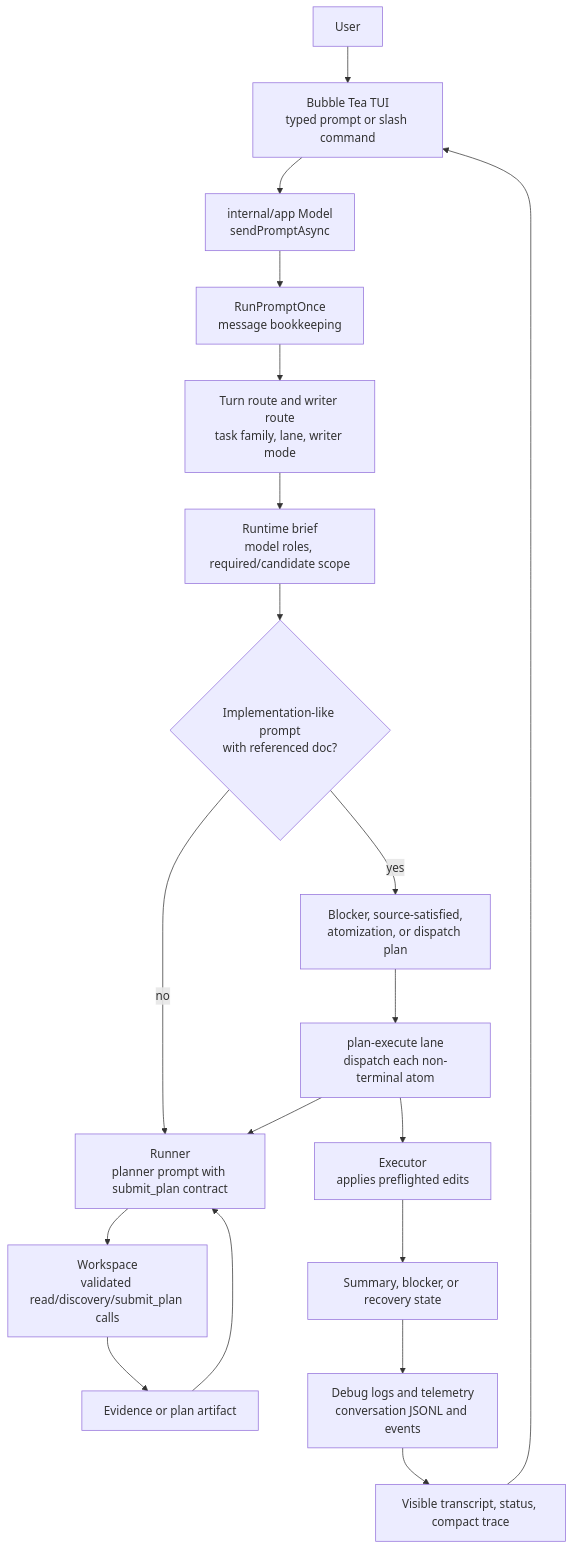
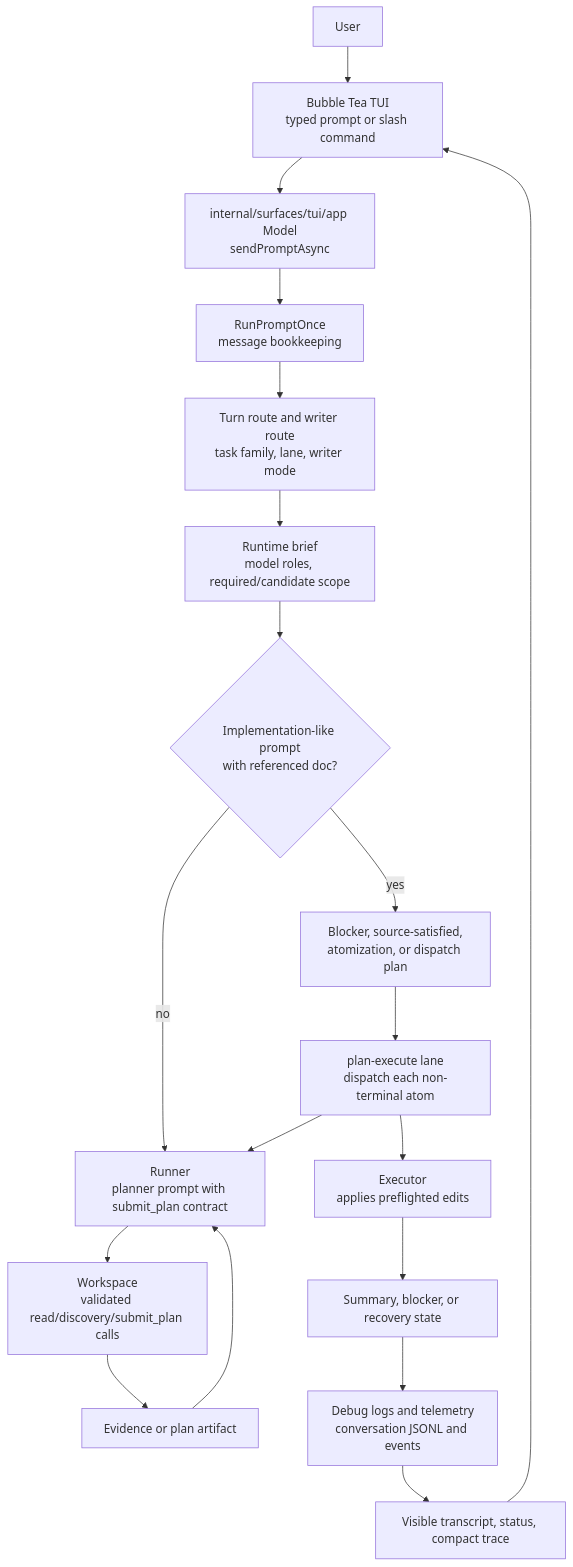
The first of 2 diagrams in docs/obsidian-export/docs/obsidian/19 - CLI TUI and Operator Surface.md (BLuchterhand/Idiom), drawn with Mermaid before and after one commit. The commit also changed other lines of this file and 1577 other files, not shown here.

````diff
--- a/docs/obsidian-export/docs/obsidian/19 - CLI TUI and Operator Surface.md
+++ b/docs/obsidian-export/docs/obsidian/19 - CLI TUI and Operator Surface.md
@@ -71,25 +71,25 @@
 ```mermaid
 flowchart TD
     User["User"]
     TUI["Bubble Tea TUI<br/>typed prompt or slash command"]
-    App["internal/app Model<br/>sendPromptAsync"]
+    App["internal/surfaces/tui/app Model<br/>sendPromptAsync"]
     Bookkeeping["RunPromptOnce<br/>message bookkeeping"]
     Route["Turn route and writer route<br/>task family, lane, writer mode"]
     Brief["Runtime brief<br/>model roles, required/candidate scope"]
     Dispatch{"Implementation-like prompt<br/>with referenced doc?"}
     DispatchResult["Blocker, source-satisfied,<br/>atomization, or dispatch plan"]
     PlanExecute["plan-execute lane<br/>dispatch each non-terminal atom"]
     Runner["Runner<br/>planner prompt with submit_plan contract"]
     Workspace["Workspace<br/>validated read/discovery/submit_plan calls"]
     Evidence["Evidence or plan artifact"]
     Executor["Executor<br/>applies preflighted edits"]
     LaneResult["Summary, blocker, or recovery state"]
     Logs["Debug logs and telemetry<br/>conversation JSONL and events"]
     Transcript["Visible transcript, status, compact trace"]
 
     User --> TUI --> App --> Bookkeeping --> Route --> Brief --> Dispatch
     Dispatch -- no --> Runner
     Dispatch -- yes --> DispatchResult --> PlanExecute --> Runner
     Runner --> Workspace --> Evidence --> Runner
     PlanExecute --> Executor --> LaneResult --> Logs --> Transcript --> TUI
 ```
````
